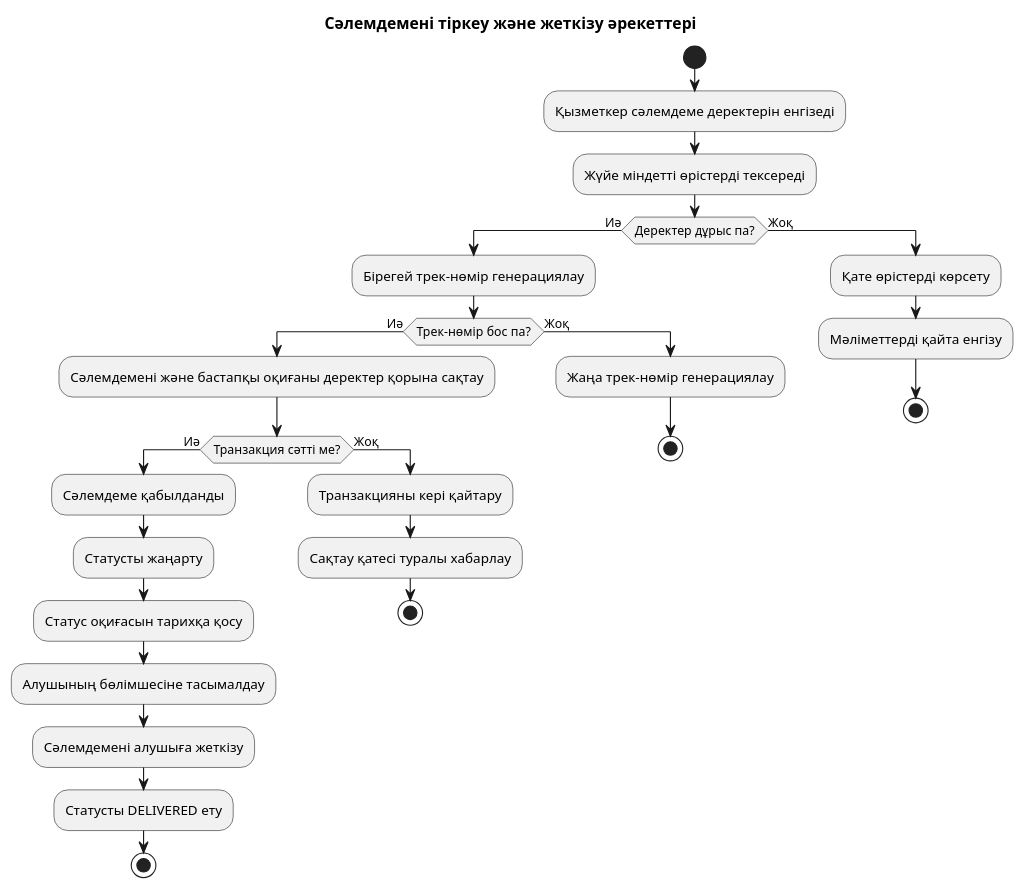
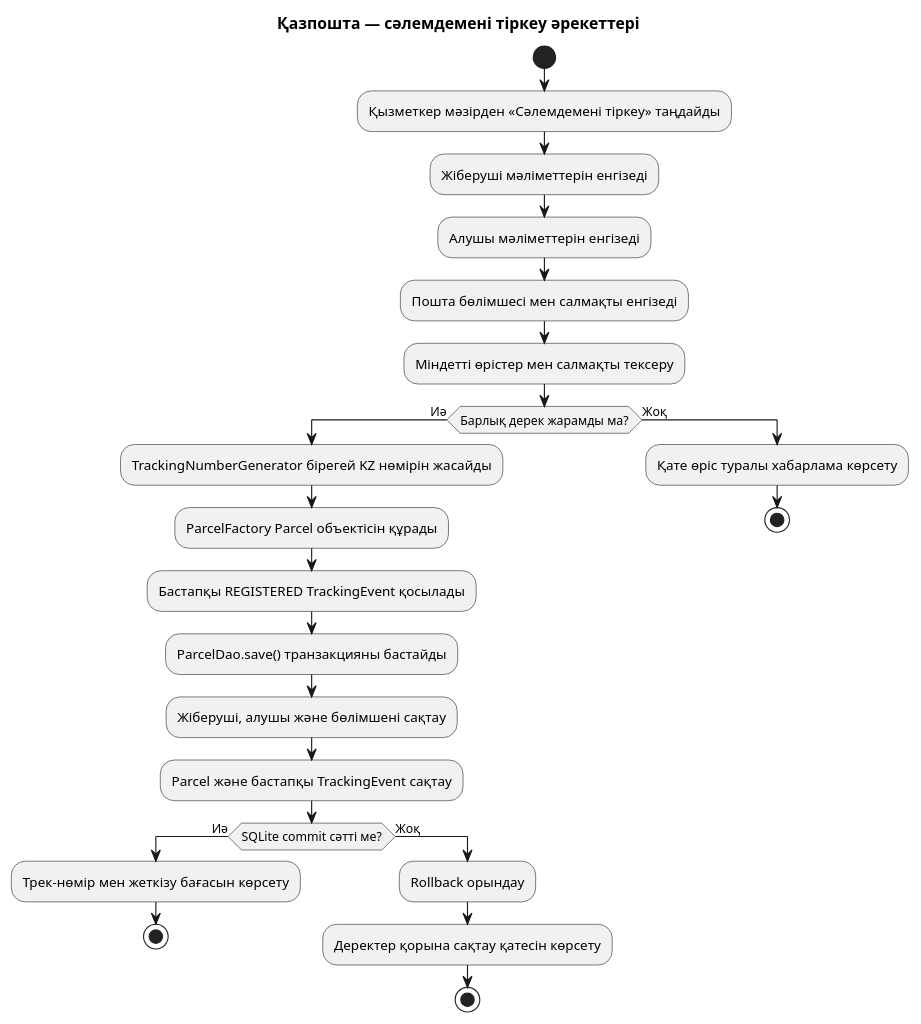
One commit to ajymaskar082/Kazpost-Parcel-Tracking changed the diagram in docs/uml/activity-diagram.puml. Above: the diagram before and after it, drawn with PlantUML.

Commit message:
Align activity diagram with actual registration and persistence flow

```diff
--- a/docs/uml/activity-diagram.puml
+++ b/docs/uml/activity-diagram.puml
@@ -1,32 +1,29 @@
 @startuml
-title Сәлемдемені тіркеу және жеткізу әрекеттері
+title Қазпошта — сәлемдемені тіркеу әрекеттері
 start
-:Қызметкер сәлемдеме деректерін енгізеді;
-:Жүйе міндетті өрістерді тексереді;
-if (Деректер дұрыс па?) then (Иә)
-  :Бірегей трек-нөмір генерациялау;
-  if (Трек-нөмір бос па?) then (Иә)
-    :Сәлемдемені және бастапқы оқиғаны деректер қорына сақтау;
-    if (Транзакция сәтті ме?) then (Иә)
-      :Сәлемдеме қабылданды;
-      :Статусты жаңарту;
-      :Статус оқиғасын тарихқа қосу;
-      :Алушының бөлімшесіне тасымалдау;
-      :Сәлемдемені алушыға жеткізу;
-      :Статусты DELIVERED ету;
-      stop
-    else (Жоқ)
-      :Транзакцияны кері қайтару;
-      :Сақтау қатесі туралы хабарлау;
-      stop
-    endif
+:Қызметкер мәзірден «Сәлемдемені тіркеу» таңдайды;
+:Жіберуші мәліметтерін енгізеді;
+:Алушы мәліметтерін енгізеді;
+:Пошта бөлімшесі мен салмақты енгізеді;
+:Міндетті өрістер мен салмақты тексеру;
+
+if (Барлық дерек жарамды ма?) then (Иә)
+  :TrackingNumberGenerator бірегей KZ нөмірін жасайды;
+  :ParcelFactory Parcel объектісін құрады;
+  :Бастапқы REGISTERED TrackingEvent қосылады;
+  :ParcelDao.save() транзакцияны бастайды;
+  :Жіберуші, алушы және бөлімшені сақтау;
+  :Parcel және бастапқы TrackingEvent сақтау;
+  if (SQLite commit сәтті ме?) then (Иә)
+    :Трек-нөмір мен жеткізу бағасын көрсету;
+    stop
   else (Жоқ)
-    :Жаңа трек-нөмір генерациялау;
+    :Rollback орындау;
+    :Деректер қорына сақтау қатесін көрсету;
     stop
   endif
 else (Жоқ)
-  :Қате өрістерді көрсету;
-  :Мәліметтерді қайта енгізу;
+  :Қате өріс туралы хабарлама көрсету;
   stop
 endif
 @enduml
```
